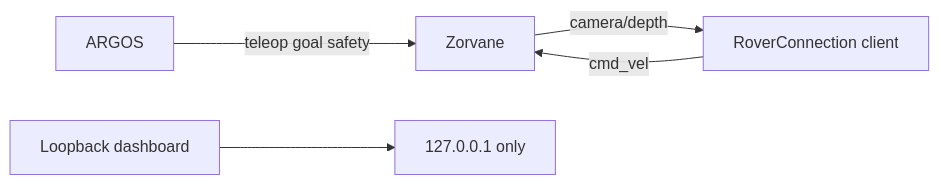
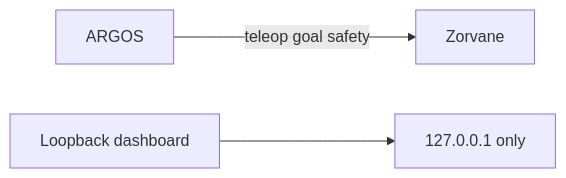
Before and after one commit to Super-Yojan/Terra: the first of 2 diagrams in docs/zenoh.md, drawn with Mermaid. The commit also changed other lines of this file and 13 other files, not shown here.

````diff
--- a/docs/zenoh.md
+++ b/docs/zenoh.md
@@ -10,7 +8,5 @@
 ```mermaid
 flowchart LR
   ARGOS[ARGOS] -->|teleop goal safety| Z[Zorvane]
-  Client[RoverConnection client] -->|cmd_vel| Z
-  Z -->|camera/depth| Client
   Dash[Loopback dashboard] --> Local[127.0.0.1 only]
 ```
````
